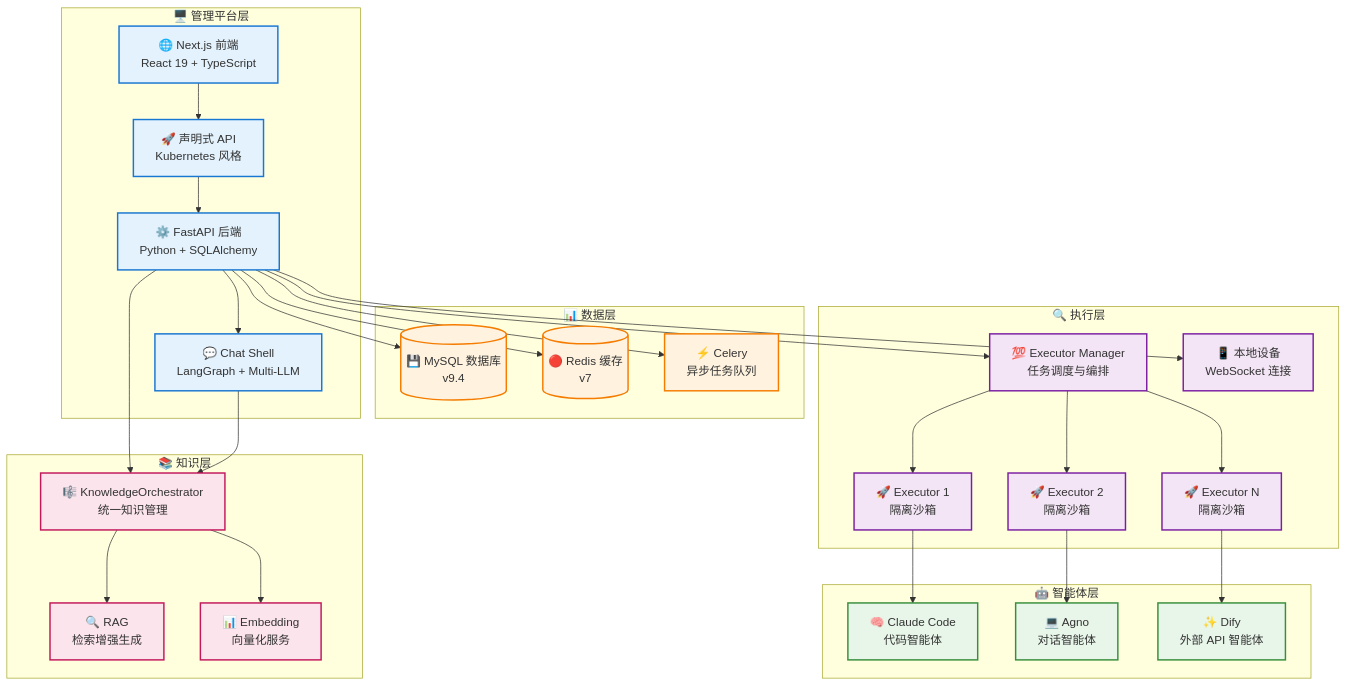
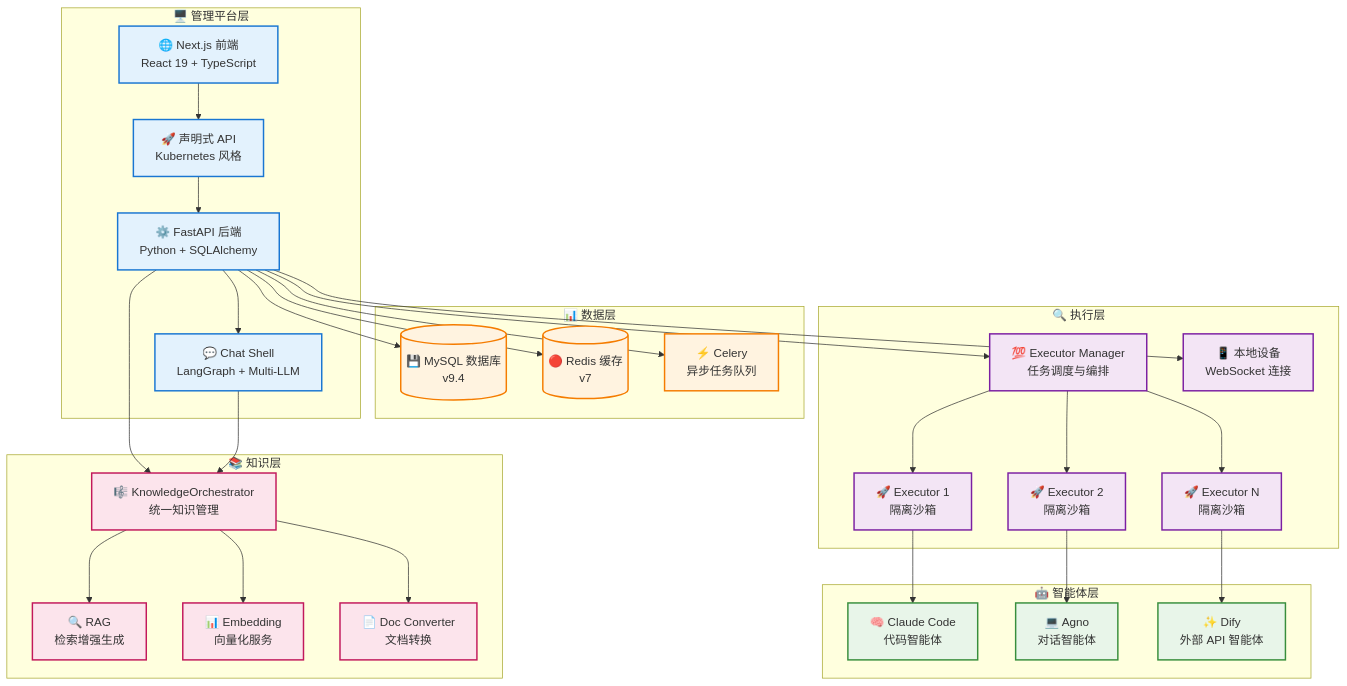
One commit to wecode-ai/Wegent changed the first of 4 diagrams in docs/zh/developer-guide/architecture.md. Above: the diagram before and after it, drawn with Mermaid. The commit also changed other lines of this file and 8 other files, not shown here.

First line of the commit message:
docs(knowledge): add documentation for doc converter service and pending_conversion status

````diff
--- a/docs/zh/developer-guide/architecture.md
+++ b/docs/zh/developer-guide/architecture.md
@@ -28,72 +28,74 @@
 ```mermaid
 graph TB
     subgraph "🖥️ 管理平台层"
         Frontend["🌐 Next.js 前端<br/>React 19 + TypeScript"]
         Backend["⚙️ FastAPI 后端<br/>Python + SQLAlchemy"]
         ChatShell["💬 Chat Shell<br/>LangGraph + Multi-LLM"]
         API["🚀 声明式 API<br/>Kubernetes 风格"]
     end
 
     subgraph "📊 数据层"
         MySQL[("💾 MySQL 数据库<br/>v9.4")]
         Redis[("🔴 Redis 缓存<br/>v7")]
         Celery["⚡ Celery<br/>异步任务队列"]
     end
 
     subgraph "🔍 执行层"
         ExecutorManager["💯 Executor Manager<br/>任务调度与编排"]
         Executor1["🚀 Executor 1<br/>隔离沙箱"]
         Executor2["🚀 Executor 2<br/>隔离沙箱"]
         ExecutorN["🚀 Executor N<br/>隔离沙箱"]
         LocalDevice["📱 本地设备<br/>WebSocket 连接"]
     end
 
     subgraph "🤖 智能体层"
         Claude["🧠 Claude Code<br/>代码智能体"]
         Agno["💻 Agno<br/>对话智能体"]
         Dify["✨ Dify<br/>外部 API 智能体"]
     end
 
     subgraph "📚 知识层"
         KnowledgeOrch["🎼 KnowledgeOrchestrator<br/>统一知识管理"]
         RAG["🔍 RAG<br/>检索增强生成"]
         Embedding["📊 Embedding<br/>向量化服务"]
+        DocConverter["📄 Doc Converter<br/>文档转换"]
     end
 
     %% 系统交互
     Frontend --> API
     API --> Backend
     Backend --> ChatShell
     Backend --> MySQL
     Backend --> Redis
     Backend --> Celery
     Backend --> ExecutorManager
     Backend --> KnowledgeOrch
     ExecutorManager --> Executor1
     ExecutorManager --> Executor2
     ExecutorManager --> ExecutorN
     Backend --> LocalDevice
 
     %% AI 程序集成
     Executor1 --> Claude
     Executor2 --> Agno
     ExecutorN --> Dify
 
     %% 知识层集成
     KnowledgeOrch --> RAG
     KnowledgeOrch --> Embedding
+    KnowledgeOrch --> DocConverter
     ChatShell --> KnowledgeOrch
 
     %% 样式
     classDef platform fill:#e3f2fd,stroke:#1976d2,stroke-width:2px
     classDef data fill:#fff3e0,stroke:#f57c00,stroke-width:2px
     classDef execution fill:#f3e5f5,stroke:#7b1fa2,stroke-width:2px
     classDef agent fill:#e8f5e9,stroke:#388e3c,stroke-width:2px
     classDef knowledge fill:#fce4ec,stroke:#c2185b,stroke-width:2px
 
     class Frontend,Backend,ChatShell,API platform
     class MySQL,Redis,Celery data
     class ExecutorManager,Executor1,Executor2,ExecutorN,LocalDevice execution
     class Claude,Agno,Dify agent
-    class KnowledgeOrch,RAG,Embedding knowledge
+    class KnowledgeOrch,RAG,Embedding,DocConverter knowledge
 ```
````
